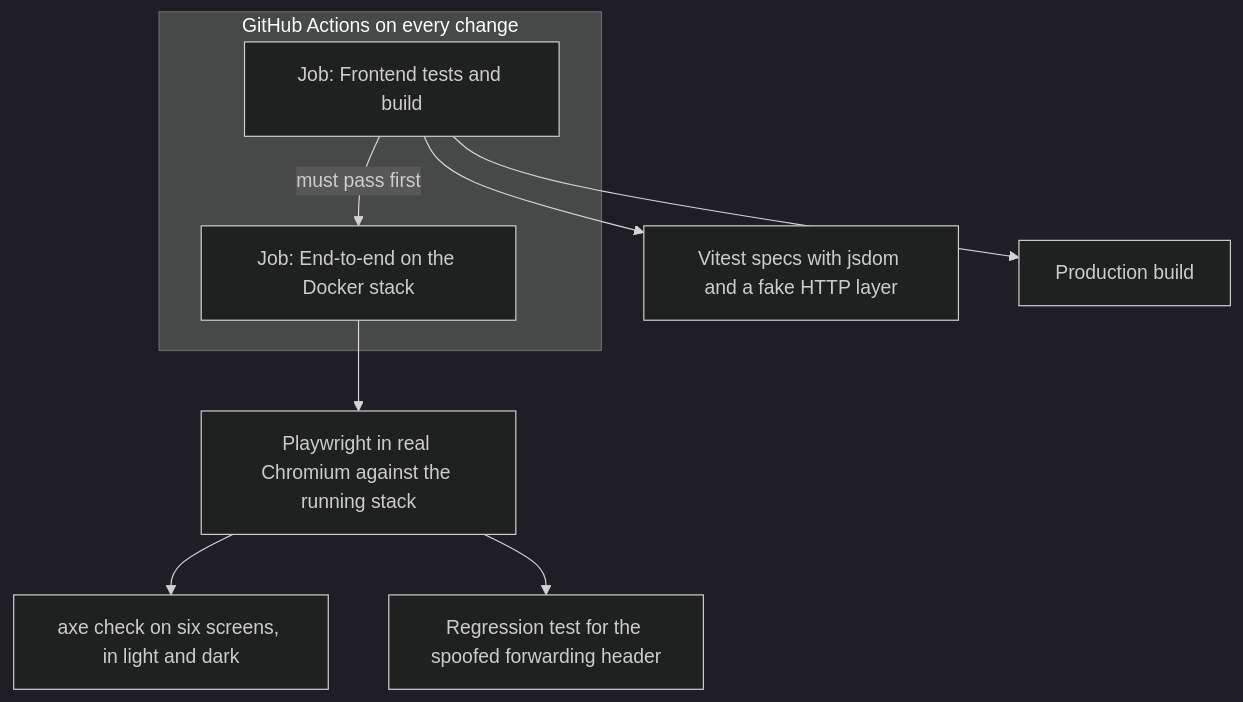
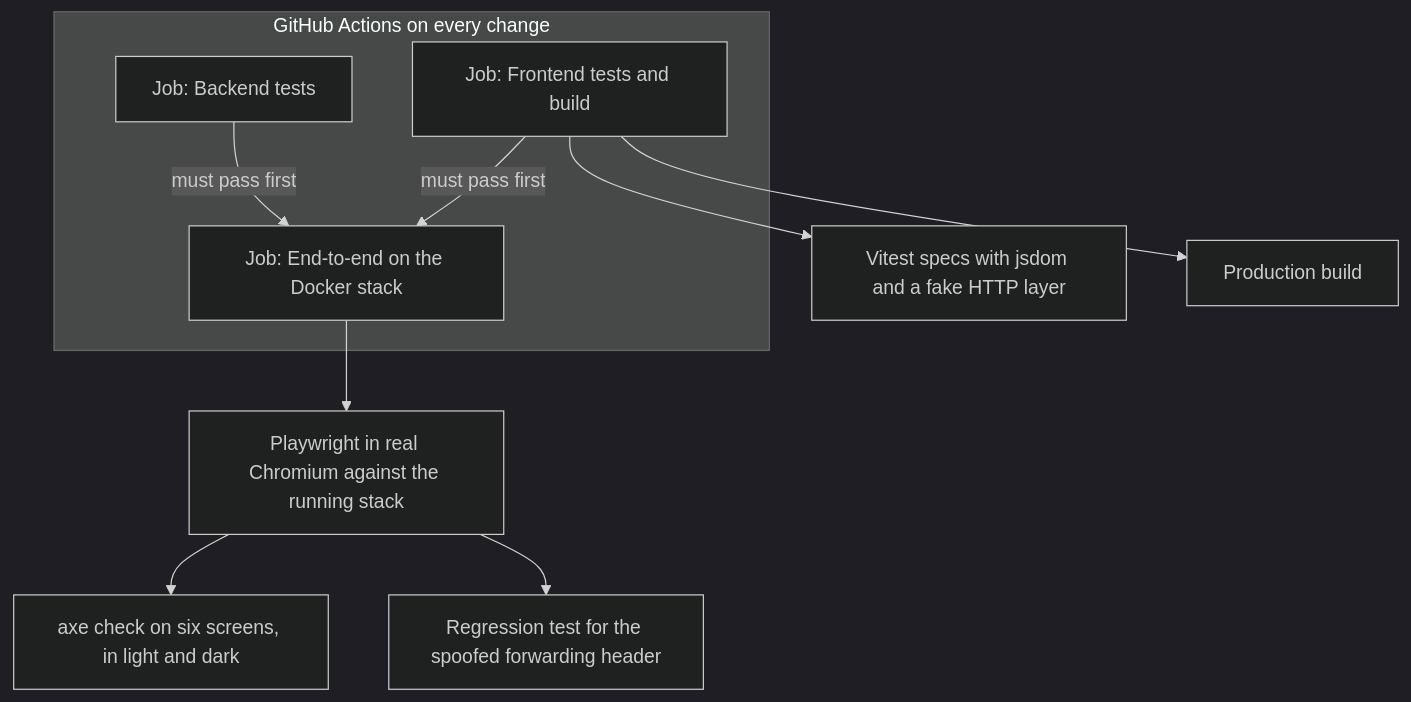
One commit to Sriram-Codes-SW/secure-doc-viewer changed the first of 2 diagrams in book/part-3-frontend/24-testing-the-frontend.md. Above: the diagram before and after it, drawn with Mermaid (dark theme). The commit also changed other lines of this file and 63 other files, not shown here.

````diff
--- a/book/part-3-frontend/24-testing-the-frontend.md
+++ b/book/part-3-frontend/24-testing-the-frontend.md
@@ -36,13 +36,15 @@
 ```mermaid
 flowchart TB
     subgraph CI["GitHub Actions on every change"]
+        J0["Job: Backend tests"]
         J1["Job: Frontend tests and build"]
         J2["Job: End-to-end on the Docker stack"]
     end
     J1 --> U["Vitest specs with jsdom and a fake HTTP layer"]
     J1 --> B["Production build"]
+    J0 -->|"must pass first"| J2
     J1 -->|"must pass first"| J2
     J2 --> E["Playwright in real Chromium against the running stack"]
     E --> A["axe check on six screens, in light and dark"]
     E --> R["Regression test for the spoofed forwarding header"]
 ```
````
